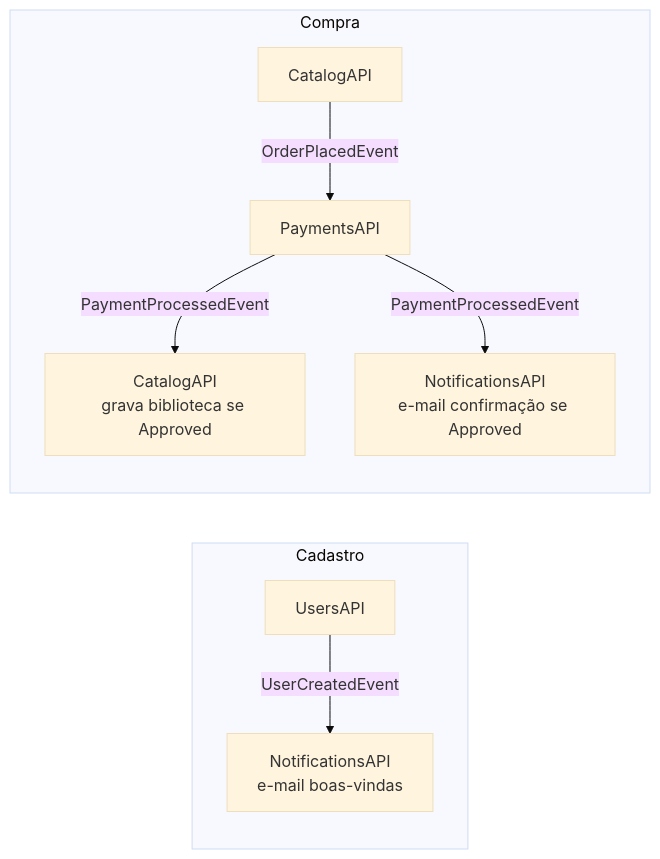
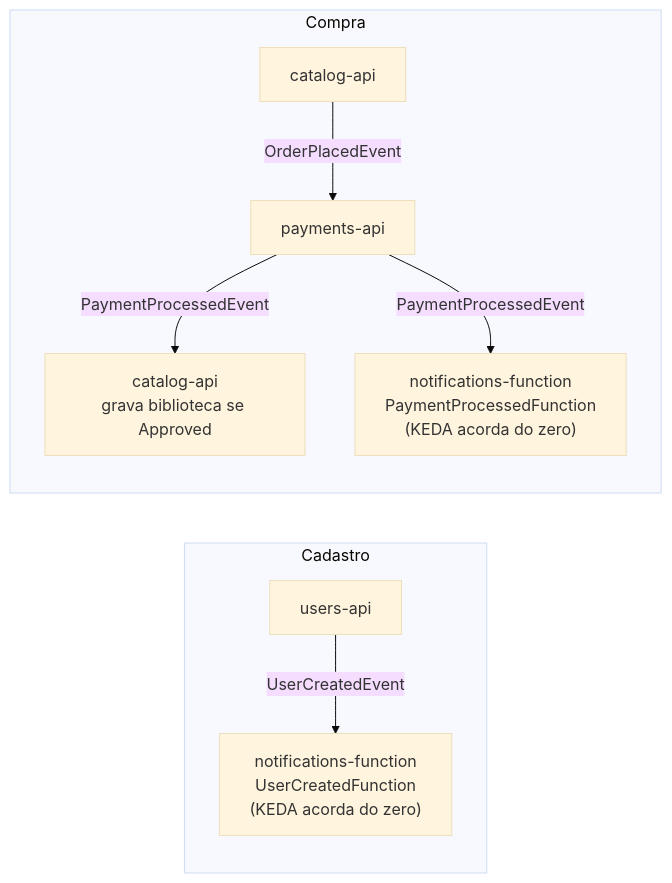
Before and after one commit to fcg-grupo-16/orchestration: the second of 2 diagrams in README.md, drawn with Mermaid (base theme). The commit also changed other lines of this file, not shown here.

````diff
--- a/README.md
+++ b/README.md
@@ -50,11 +127,11 @@
 ```mermaid
 flowchart LR
     subgraph Cadastro
-      U[UsersAPI] -- UserCreatedEvent --> N1[NotificationsAPI<br/>e-mail boas-vindas]
+      U[users-api] -- UserCreatedEvent --> F1["notifications-function<br/>UserCreatedFunction<br/>(KEDA acorda do zero)"]
     end
     subgraph Compra
-      C[CatalogAPI] -- OrderPlacedEvent --> P[PaymentsAPI]
-      P -- PaymentProcessedEvent --> C2[CatalogAPI<br/>grava biblioteca se Approved]
-      P -- PaymentProcessedEvent --> N2[NotificationsAPI<br/>e-mail confirmação se Approved]
+      C[catalog-api] -- OrderPlacedEvent --> P[payments-api]
+      P -- PaymentProcessedEvent --> C2[catalog-api<br/>grava biblioteca se Approved]
+      P -- PaymentProcessedEvent --> F2["notifications-function<br/>PaymentProcessedFunction<br/>(KEDA acorda do zero)"]
     end
 ```
````
